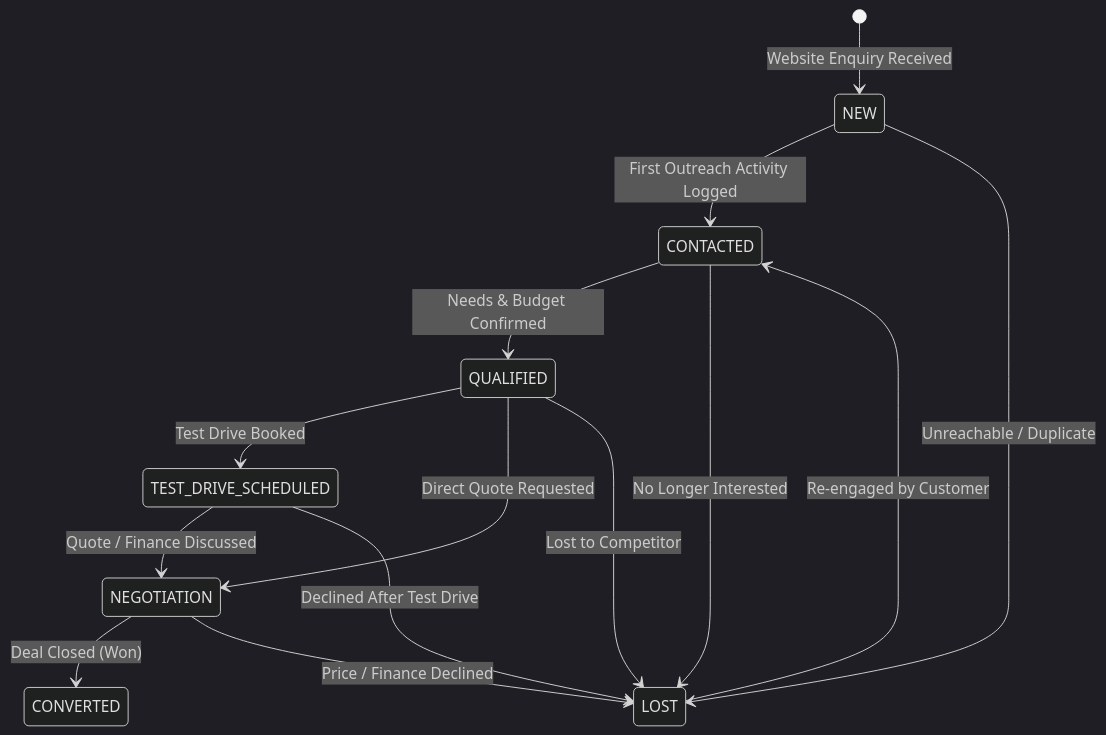
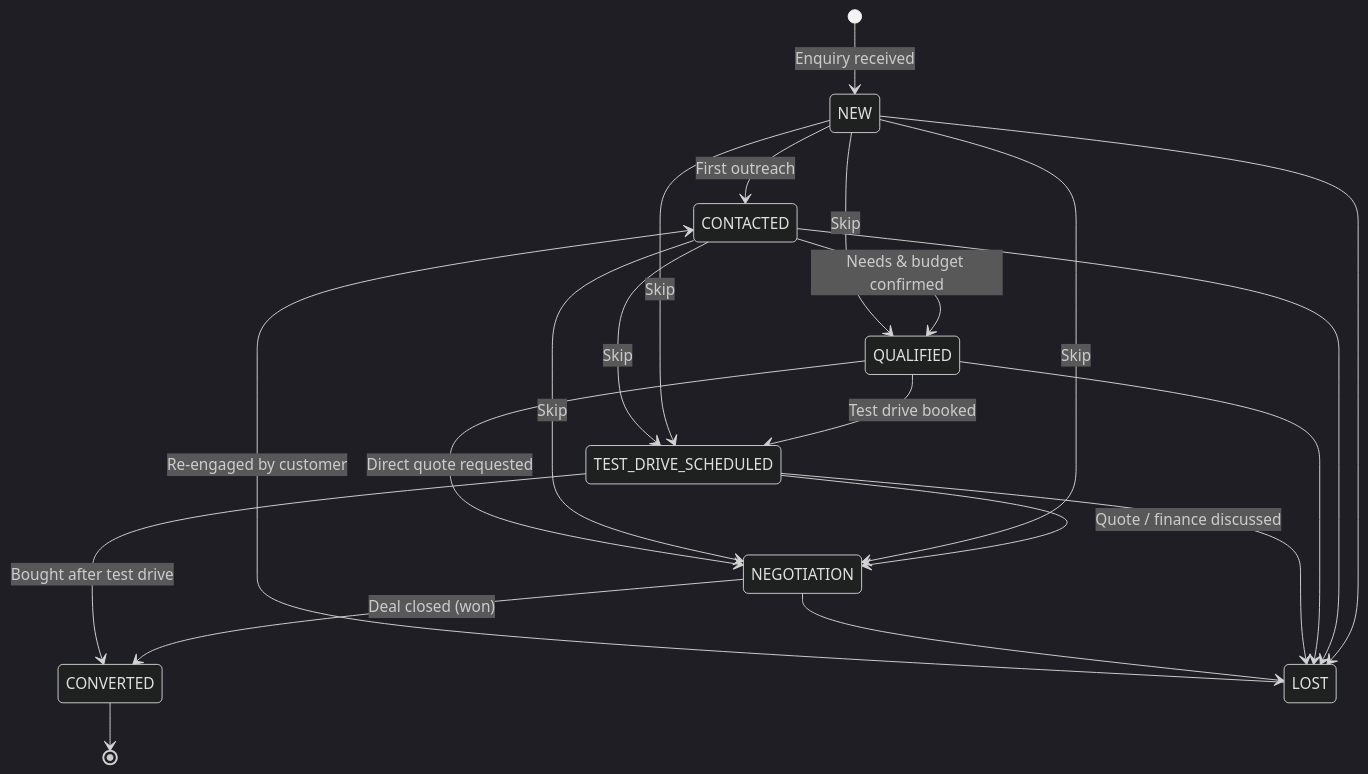
Before and after one commit to longthanhdo/keyloop_sale_lead_management: the second of 4 diagrams in SYSTEM_DESIGN.md, drawn with Mermaid (dark theme). The commit also changed other lines of this file and 3 other files, not shown here.

````diff
--- a/SYSTEM_DESIGN.md
+++ b/SYSTEM_DESIGN.md
@@ -124,16 +126,23 @@
 ```mermaid
 stateDiagram-v2
-    [*] --> NEW : Website Enquiry Received
-    NEW --> CONTACTED : First Outreach Activity Logged
-    CONTACTED --> QUALIFIED : Needs & Budget Confirmed
-    QUALIFIED --> TEST_DRIVE_SCHEDULED : Test Drive Booked
-    TEST_DRIVE_SCHEDULED --> NEGOTIATION : Quote / Finance Discussed
-    QUALIFIED --> NEGOTIATION : Direct Quote Requested
-    NEGOTIATION --> CONVERTED : Deal Closed (Won)
-    NEW --> LOST : Unreachable / Duplicate
-    CONTACTED --> LOST : No Longer Interested
-    QUALIFIED --> LOST : Lost to Competitor
-    TEST_DRIVE_SCHEDULED --> LOST : Declined After Test Drive
-    NEGOTIATION --> LOST : Price / Finance Declined
-    LOST --> CONTACTED : Re-engaged by Customer
+    [*] --> NEW : Enquiry received
+    NEW --> CONTACTED : First outreach
+    CONTACTED --> QUALIFIED : Needs & budget confirmed
+    QUALIFIED --> TEST_DRIVE_SCHEDULED : Test drive booked
+    TEST_DRIVE_SCHEDULED --> NEGOTIATION : Quote / finance discussed
+    NEGOTIATION --> CONVERTED : Deal closed (won)
+    TEST_DRIVE_SCHEDULED --> CONVERTED : Bought after test drive
+    NEW --> QUALIFIED : Skip
+    NEW --> TEST_DRIVE_SCHEDULED : Skip
+    NEW --> NEGOTIATION : Skip
+    CONTACTED --> TEST_DRIVE_SCHEDULED : Skip
+    CONTACTED --> NEGOTIATION : Skip
+    QUALIFIED --> NEGOTIATION : Direct quote requested
+    NEW --> LOST
+    CONTACTED --> LOST
+    QUALIFIED --> LOST
+    TEST_DRIVE_SCHEDULED --> LOST
+    NEGOTIATION --> LOST
+    LOST --> CONTACTED : Re-engaged by customer
+    CONVERTED --> [*]
 ```
````
